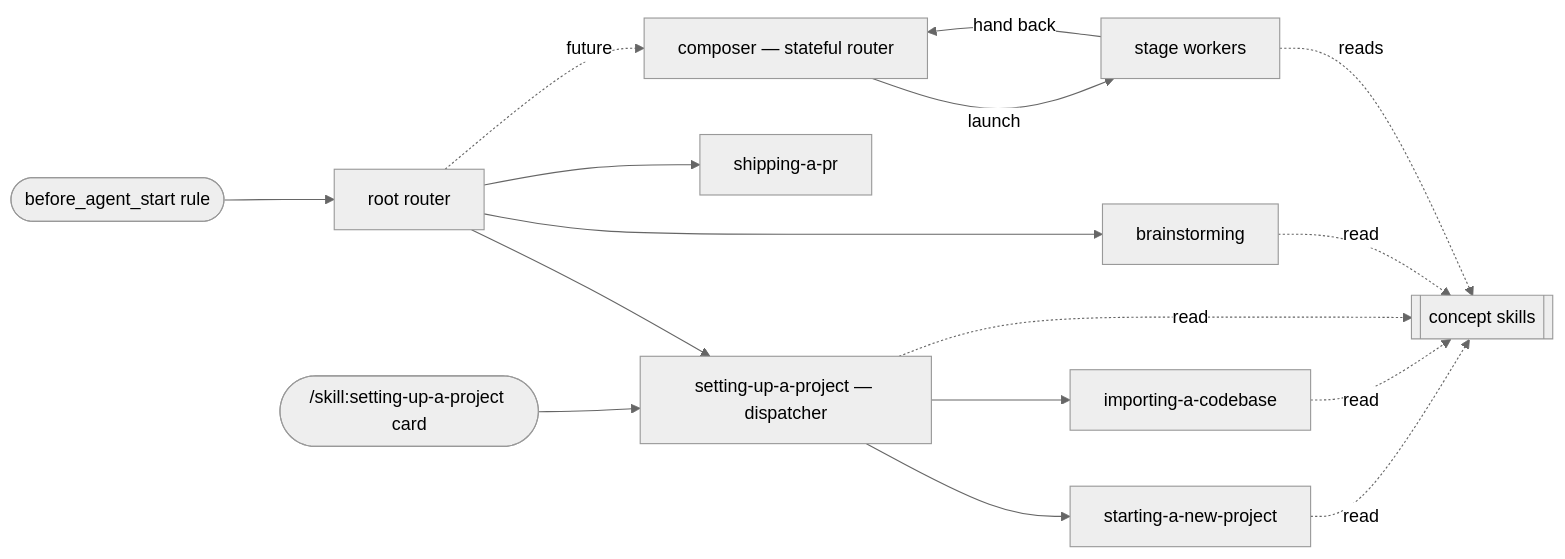
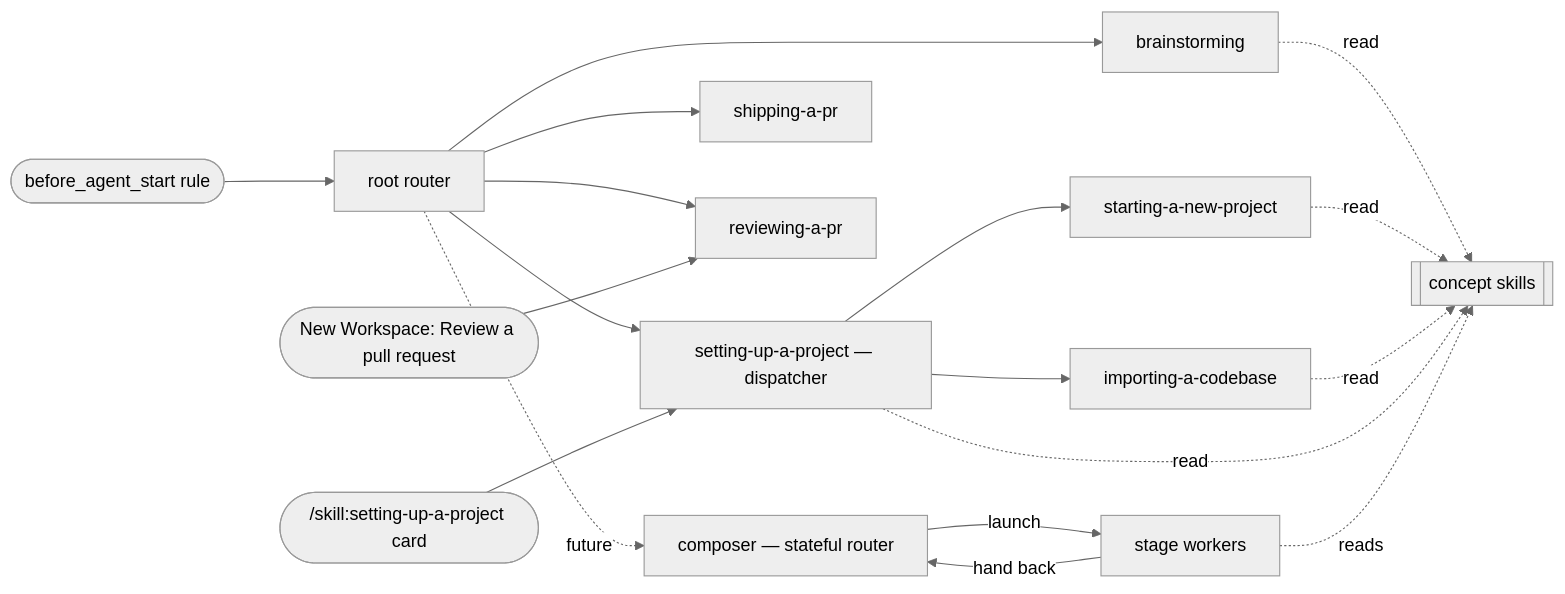
Before and after one commit to JetBrains/thinkrail: the diagram in packages/pi-thinkrail-workflow/skills/SPEC.md, drawn with Mermaid (neutral theme). The commit also changed other lines of this file and 16 other files, not shown here.

````diff
--- a/packages/pi-thinkrail-workflow/skills/SPEC.md
+++ b/packages/pi-thinkrail-workflow/skills/SPEC.md
@@ -77,15 +81,17 @@
 ```mermaid
 flowchart LR
   rule([before_agent_start rule]) --> router[root router]
   router --> ps[setting-up-a-project — dispatcher]
   router --> bs[brainstorming]
   router --> ship[shipping-a-pr]
+  router --> rev[reviewing-a-pr]
+  dialog(["New Workspace: Review a pull request"]) --> rev
   card(["/skill:setting-up-a-project card"]) --> ps
   ps --> pn[starting-a-new-project]
   ps --> pim[importing-a-codebase]
   router -. future .-> comp[composer — stateful router]
   comp -->|launch| st[stage workers]
   st -->|hand back| comp
   bs & pn & pim & ps -. read .-> con[[concept skills]]
   st -. reads .-> con
 ```
````
